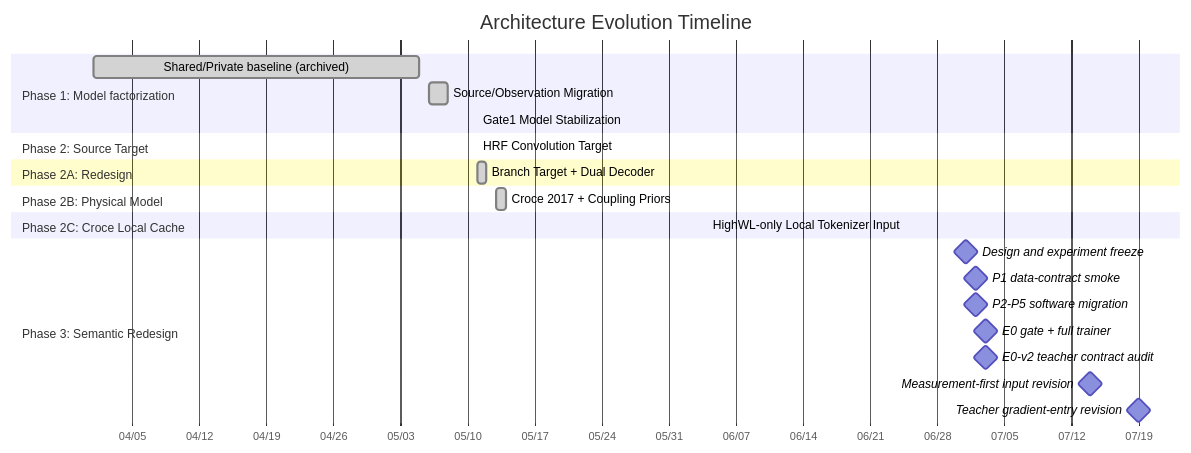
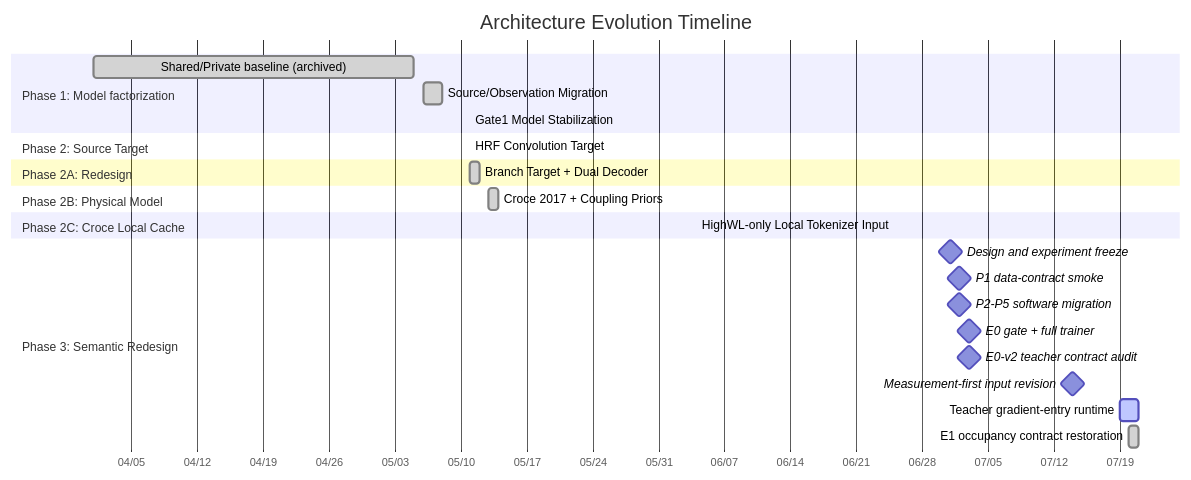
Before and after one commit to Kevin65536/PID-MCM: the diagram in docs/architecture_changelog/INDEX.md, drawn with Mermaid. The commit also changed other lines of this file and 39 other files, not shown here.

````diff
--- a/docs/architecture_changelog/INDEX.md
+++ b/docs/architecture_changelog/INDEX.md
@@ -18,28 +18,29 @@
 ```mermaid
 gantt
     accTitle: Architecture evolution timeline
     accDescr: The source observation lineage is complete through the Croce local runtime, followed by a planned physiology semantic tokenizer redesign.
     title Architecture Evolution Timeline
     dateFormat  YYYY-MM-DD
     axisFormat  %m/%d
     section Phase 1: Model factorization
         Shared/Private baseline (archived) :done, 2026-04-01, 2026-05-05
         Source/Observation Migration      :done, 2026-05-06, 2026-05-08
         Gate1 Model Stabilization         :done, 2026-05-11, 2026-05-11
     section Phase 2: Source Target
         HRF Convolution Target            :done, 2026-05-11, 2026-05-11
     section Phase 2A: Redesign
         Branch Target + Dual Decoder      :done, 2026-05-11, 2026-05-12
     section Phase 2B: Physical Model
         Croce 2017 + Coupling Priors      :done, 2026-05-13, 2026-05-14
     section Phase 2C: Croce Local Cache
         HighWL-only Local Tokenizer Input :done, 2026-06-04, 2026-06-04
     section Phase 3: Semantic Redesign
         Design and experiment freeze      :milestone, 2026-07-01, 0d
         P1 data-contract smoke            :milestone, 2026-07-02, 0d
         P2-P5 software migration          :milestone, 2026-07-02, 0d
         E0 gate + full trainer             :milestone, 2026-07-03, 0d
         E0-v2 teacher contract audit       :milestone, 2026-07-03, 0d
         Measurement-first input revision   :milestone, 2026-07-14, 0d
-        Teacher gradient-entry revision    :milestone, 2026-07-19, 0d
+        Teacher gradient-entry runtime     :active, 2026-07-19, 2d
+        E1 occupancy contract restoration  :done, 2026-07-20, 1d
 ```
````
